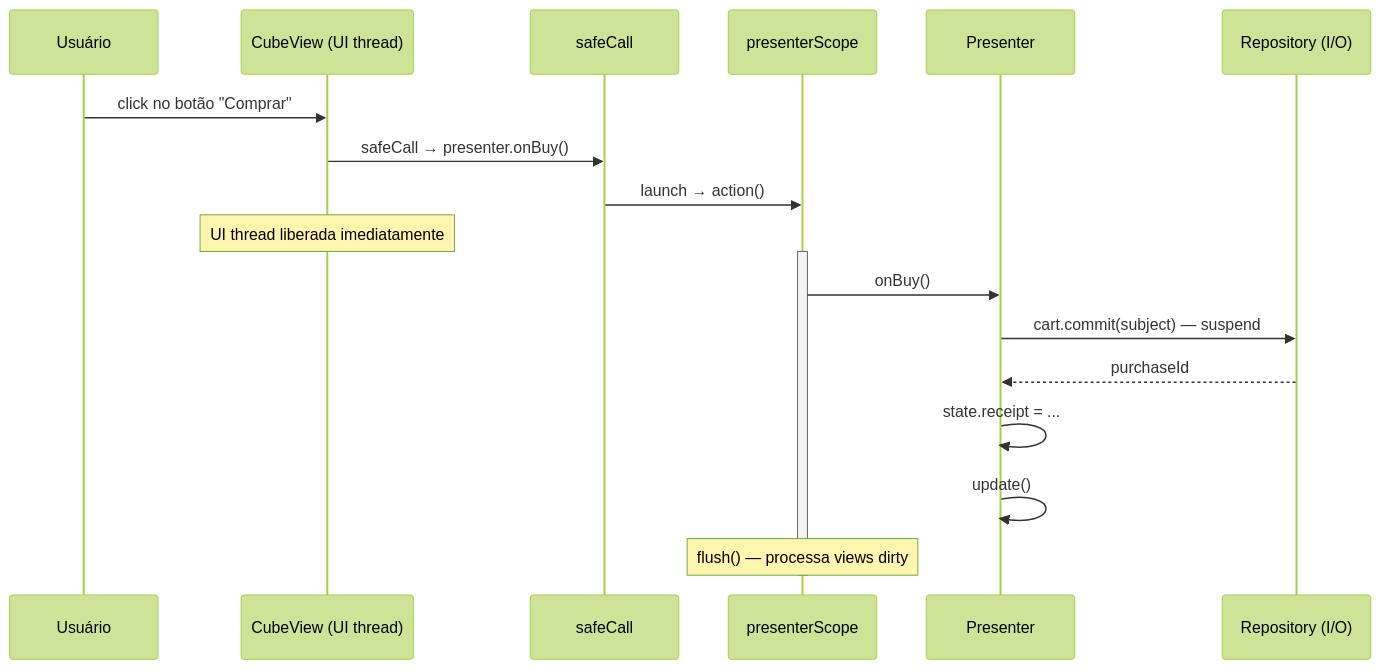
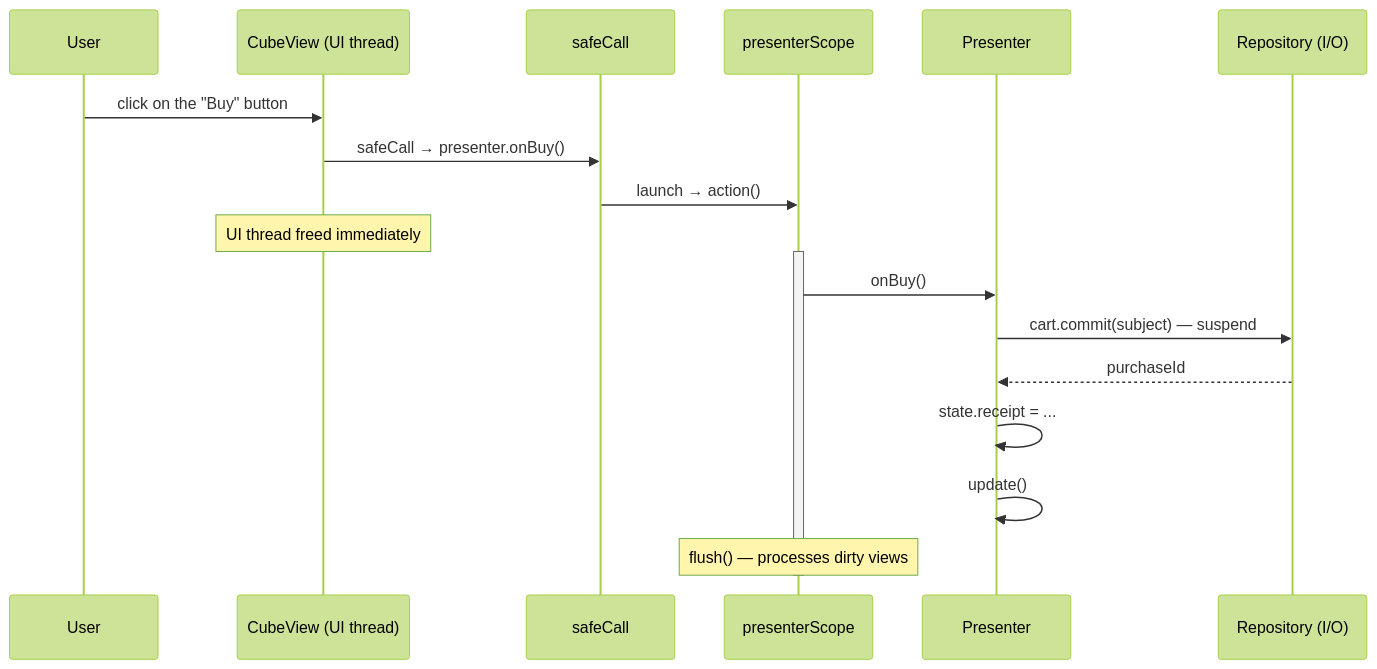
Before and after one commit to mrcdom/wdc-cube-kotlin: diagram 13 of 19 in docs/architecture-cube.md, drawn with Mermaid (forest theme). The commit also changed other lines of this file and 10 other files, not shown here.

First line of the commit message:
docs: architecture docs and top-level READMEs in US English

````diff
--- a/docs/architecture-cube.md
+++ b/docs/architecture-cube.md
@@ -665,23 +665,23 @@
 ```mermaid
 sequenceDiagram
-    participant User as Usuário
+    participant User as User
     participant View as CubeView (UI thread)
     participant Safe as safeCall
     participant Scope as presenterScope
     participant Pres as Presenter
     participant Repo as Repository (I/O)
 
-    User->>View: click no botão "Comprar"
+    User->>View: click on the "Buy" button
     View->>Safe: safeCall → presenter.onBuy()
     Safe->>Scope: launch → action()
-    Note over View: UI thread liberada imediatamente
+    Note over View: UI thread freed immediately
 
     activate Scope
     Scope->>Pres: onBuy()
     Pres->>Repo: cart.commit(subject) — suspend
     Repo-->>Pres: purchaseId
     Pres->>Pres: state.receipt = ...
     Pres->>Pres: update()
-    Note over Scope: flush() — processa views dirty
+    Note over Scope: flush() — processes dirty views
     deactivate Scope
 ```
````
